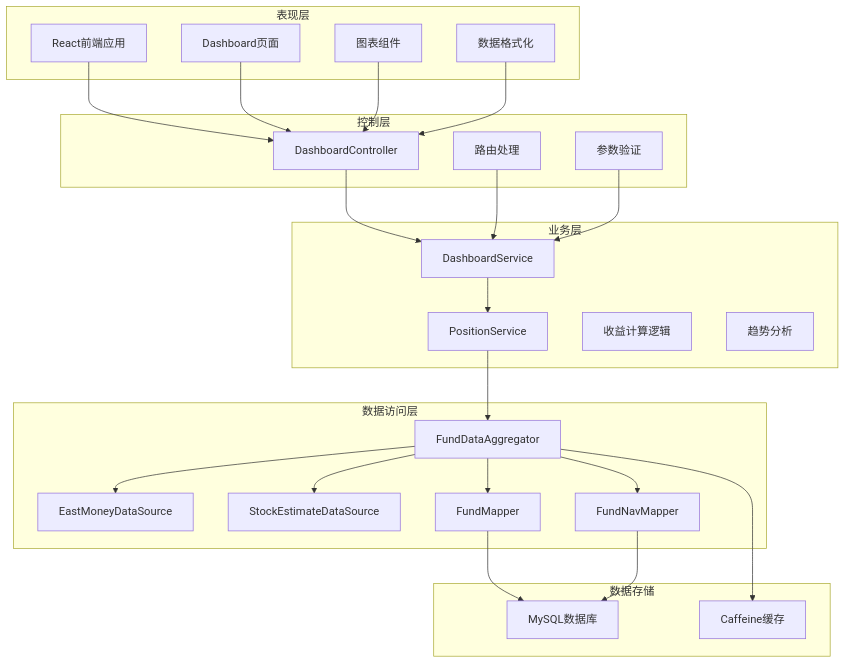
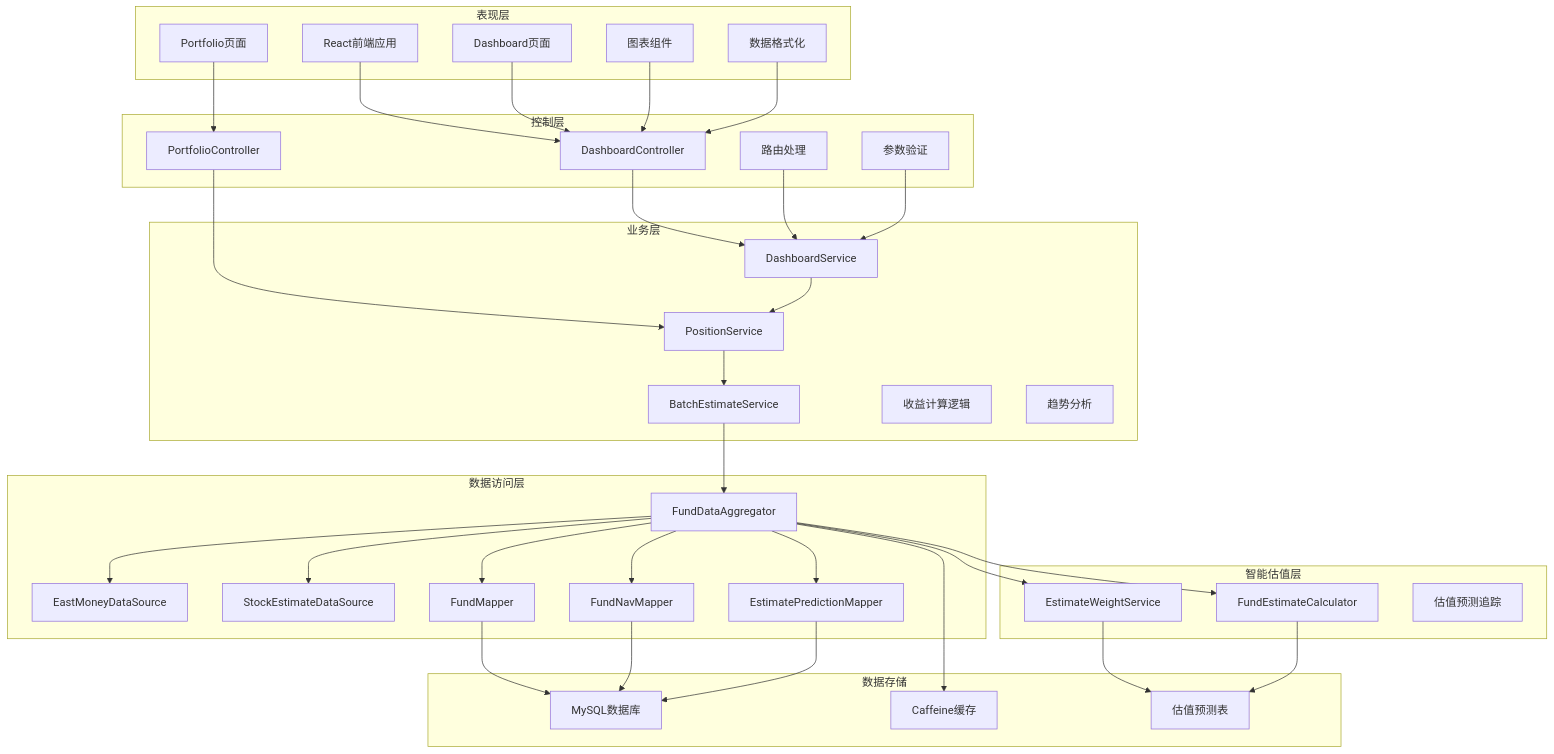
Before and after one commit to gree-coder/fund-butler: the fourth of 11 diagrams in .qoder/repowiki/zh/content/核心功能开发/实时市场数据可视化.md, drawn with Mermaid. The commit also changed other lines of this file and 23 other files, not shown here.

````diff
--- a/.qoder/repowiki/zh/content/核心功能开发/实时市场数据可视化.md
+++ b/.qoder/repowiki/zh/content/核心功能开发/实时市场数据可视化.md
@@ -180,47 +209,66 @@
 ```mermaid
 graph TB
 subgraph "表现层"
 A[React前端应用]
 B[Dashboard页面]
-C[图表组件]
-D[数据格式化]
+C[Portfolio页面]
+D[图表组件]
+E[数据格式化]
 end
 subgraph "控制层"
-E[DashboardController]
-F[路由处理]
-G[参数验证]
+F[DashboardController]
+G[PortfolioController]
+H[路由处理]
+I[参数验证]
 end
 subgraph "业务层"
-H[DashboardService]
-I[PositionService]
-J[收益计算逻辑]
-K[趋势分析]
+J[DashboardService]
+K[PositionService]
+L[BatchEstimateService]
+M[收益计算逻辑]
+N[趋势分析]
+end
+subgraph "智能估值层"
+O[EstimateWeightService]
+P[FundEstimateCalculator]
+Q[估值预测追踪]
 end
 subgraph "数据访问层"
-L[FundDataAggregator]
-M[EastMoneyDataSource]
-N[StockEstimateDataSource]
-O[FundMapper]
-P[FundNavMapper]
+R[FundDataAggregator]
+S[EastMoneyDataSource]
+T[StockEstimateDataSource]
+U[FundMapper]
+V[FundNavMapper]
+W[EstimatePredictionMapper]
 end
 subgraph "数据存储"
-Q[MySQL数据库]
-R[Caffeine缓存]
+X[MySQL数据库]
+Y[Caffeine缓存]
+Z[估值预测表]
 end
-A --> E
-B --> E
-C --> E
-D --> E
-E --> H
-F --> H
-G --> H
-H --> I
-I --> L
-L --> M
-L --> N
-L --> O
-L --> P
-O --> Q
-P --> Q
+A --> F
+B --> F
+C --> G
+D --> F
+E --> F
+F --> J
+G --> K
+H --> J
+I --> J
+J --> K
+K --> L
 L --> R
+R --> S
+R --> T
+R --> O
+R --> P
+R --> U
+R --> V
+R --> W
+U --> X
+V --> X
+W --> X
+R --> Y
+O --> Z
+P --> Z
 ```
````
